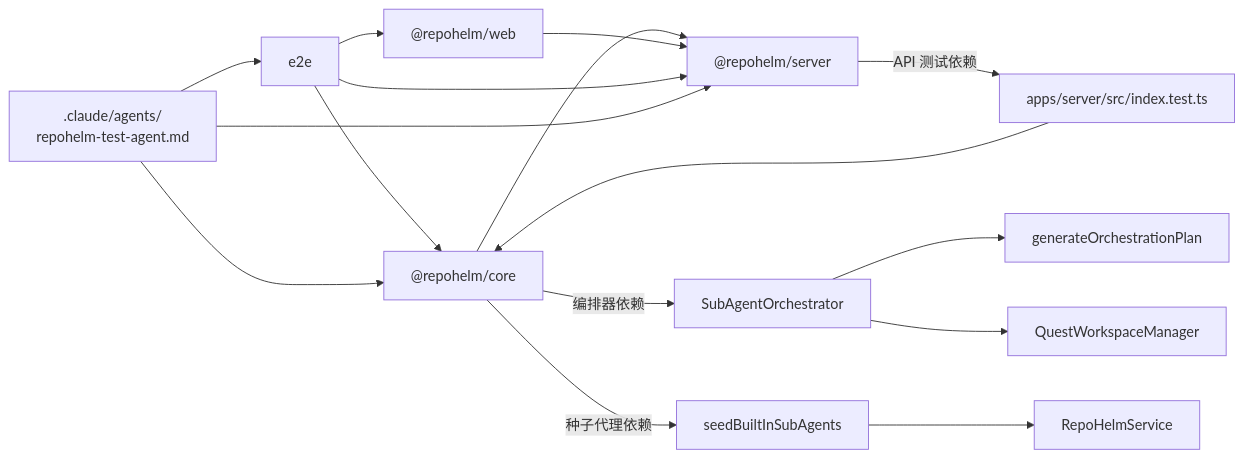
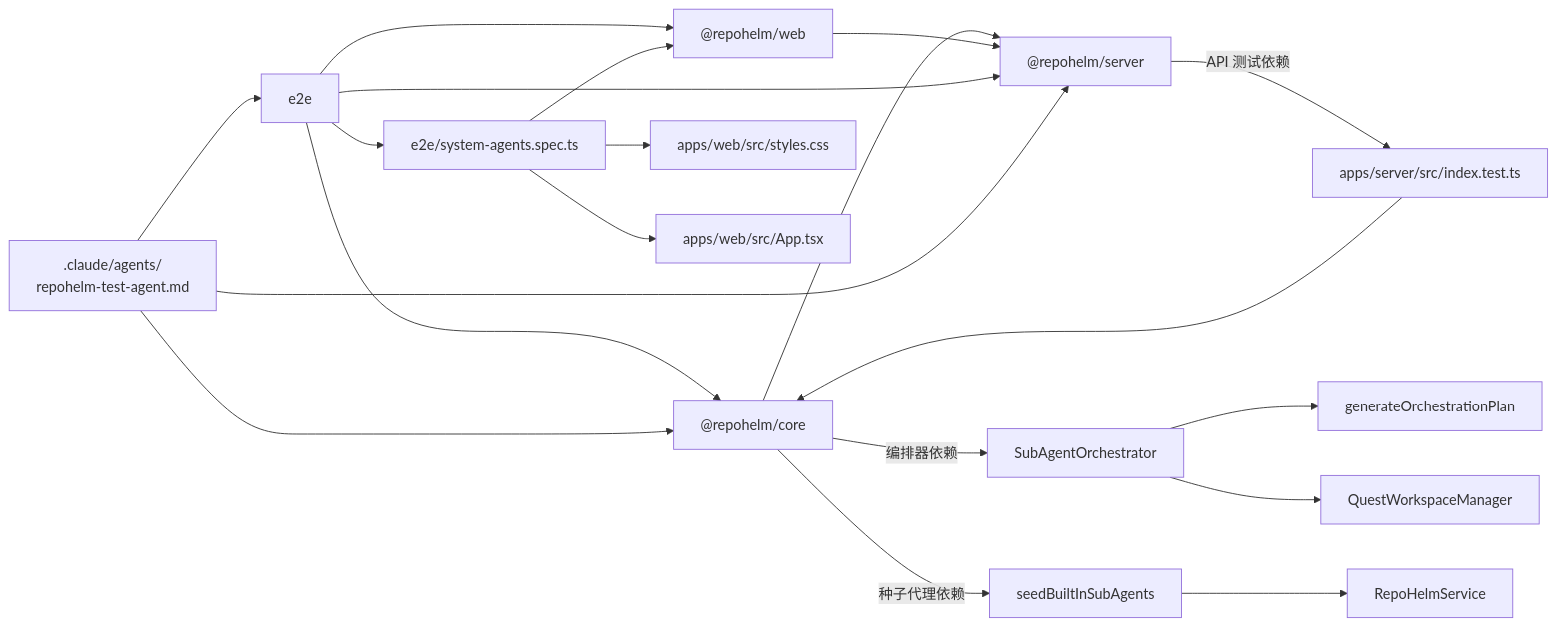
One commit to coconilu/RepoHelm changed diagram 11 of 11 in .qoder/repowiki/zh/content/测试策略/测试策略.md. Above: the diagram before and after it, drawn with Mermaid. The commit also changed other lines of this file and 12 other files, not shown here.

First line of the commit message:
Add feature-quality workflow and system agents

````diff
--- a/.qoder/repowiki/zh/content/测试策略/测试策略.md
+++ b/.qoder/repowiki/zh/content/测试策略/测试策略.md
@@ -563,18 +622,22 @@
 ```mermaid
 graph LR
 CORE["@repohelm/core"] --> SERVER["@repohelm/server"]
 WEB["@repohelm/web"] --> SERVER
 E2E["e2e"] --> WEB
 E2E --> SERVER
 E2E --> CORE
+E2E --> SYS_AGENTS["e2e/system-agents.spec.ts"]
+SYS_AGENTS --> WEB
+SYS_AGENTS --> STYLES["apps/web/src/styles.css"]
+SYS_AGENTS --> APP_TSX["apps/web/src/App.tsx"]
 SERVER --> |"API 测试依赖"| API_TEST["apps/server/src/index.test.ts"]
 API_TEST --> CORE
 CORE --> |"编排器依赖"| ORCHESTRATOR["SubAgentOrchestrator"]
 ORCHESTRATOR --> PLANNING["generateOrchestrationPlan"]
 ORCHESTRATOR --> WORKSPACE["QuestWorkspaceManager"]
 CORE --> |"种子代理依赖"| SEED_AGENTS["seedBuiltInSubAgents"]
 SEED_AGENTS --> SERVICE["RepoHelmService"]
 TEST_AGENT[".claude/agents/<br/>repohelm-test-agent.md"] --> CORE
 TEST_AGENT --> E2E
 TEST_AGENT --> SERVER
 ```
````
